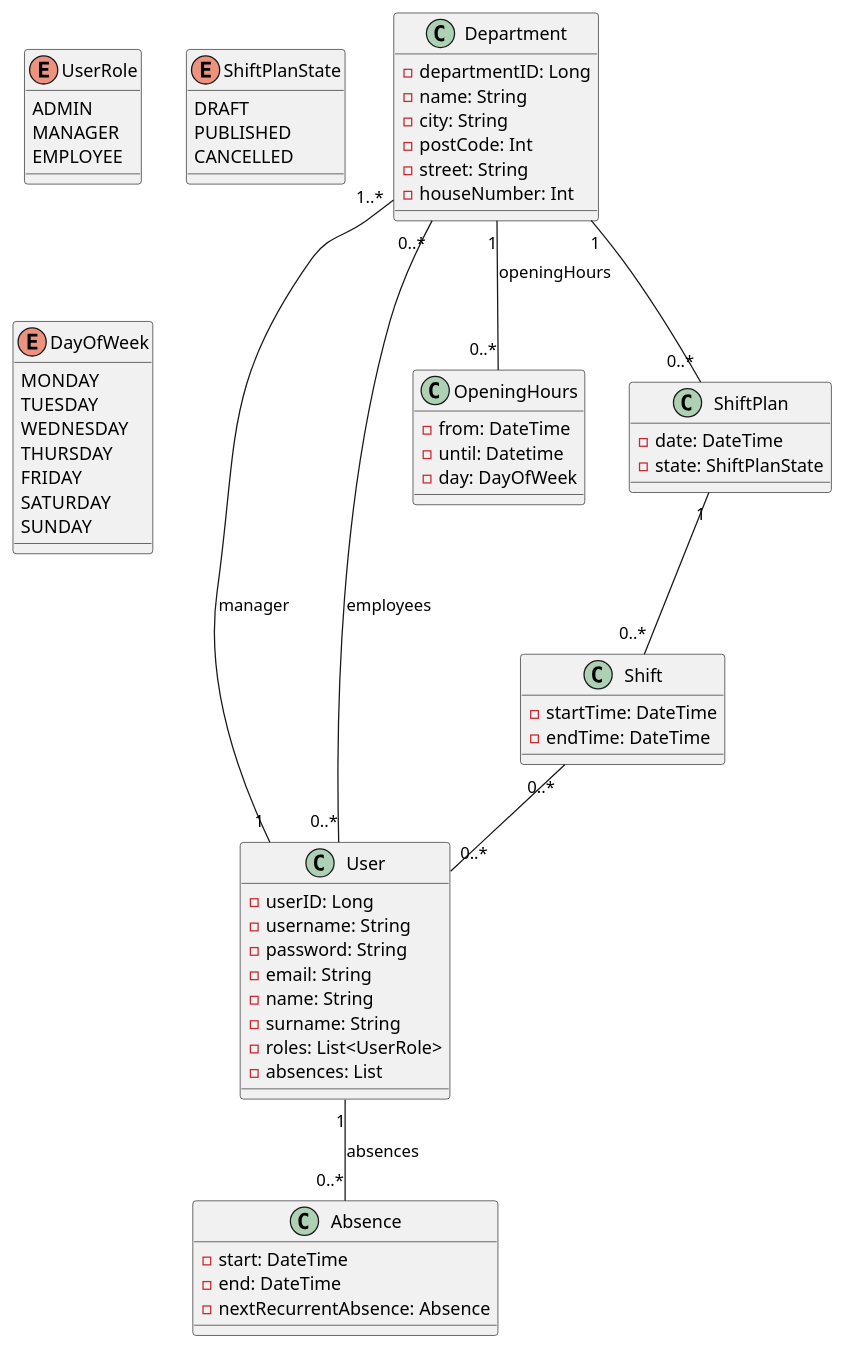
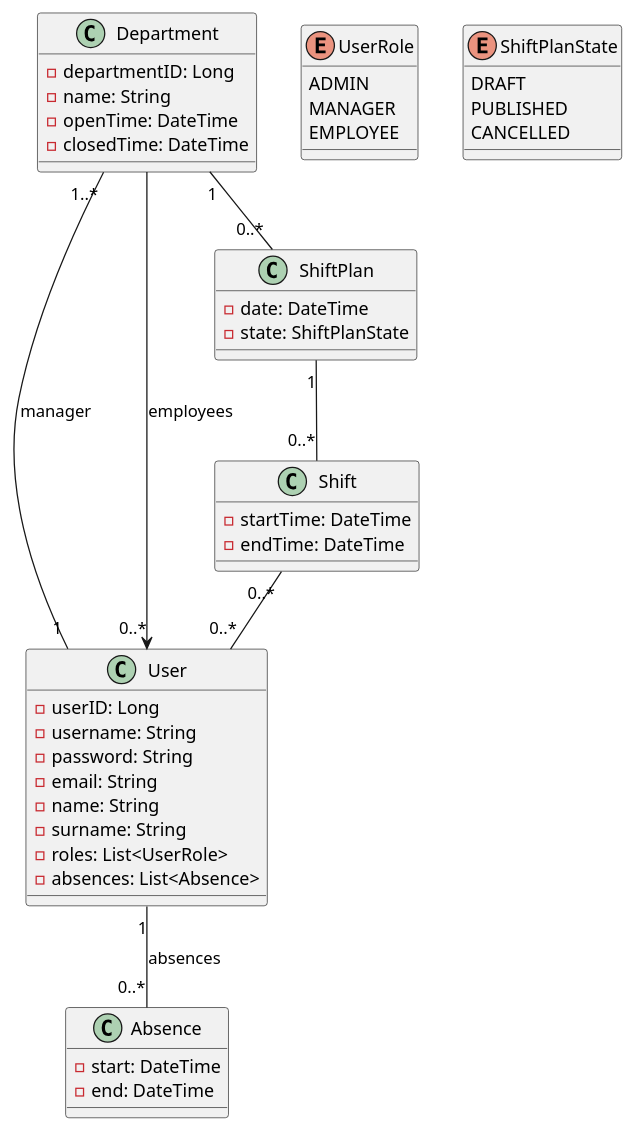
One commit to valiferst/shift_planner changed the diagram in artefacts/domain-model.puml. Above: the diagram before and after it, drawn with PlantUML. The commit also changed 1 other file, not shown here.

```diff
--- a/artefacts/domain-model.puml
+++ b/artefacts/domain-model.puml
@@ -1,77 +1,57 @@
 @startuml
 ' Define classes
 class User {
     - userID: Long
     - username: String
     - password: String
     - email: String
     - name: String
     - surname: String
     - roles: List<UserRole>
-    - absences: List
+    - absences: List<Absence>
 }
 
 class Department {
     - departmentID: Long
     - name: String
-    - city: String
-    - postCode: Int
-    - street: String
-    - houseNumber: Int
-}
-
-class OpeningHours {
-    - from: DateTime
-    - until: Datetime
-    - day: DayOfWeek
+    - openTime: DateTime
+    - closedTime: DateTime
 }
 
 class Absence {
     - start: DateTime
     - end: DateTime
-    - nextRecurrentAbsence: Absence
 }
 
 class ShiftPlan {
     - date: DateTime
     - state: ShiftPlanState
 }
 
 class Shift {
     - startTime: DateTime
     - endTime: DateTime
 }
 
 enum UserRole {
     ADMIN
     MANAGER
     EMPLOYEE
 }
 
 enum ShiftPlanState {
     DRAFT
     PUBLISHED
     CANCELLED
 }
 
-enum DayOfWeek {
-    MONDAY
-    TUESDAY
-    WEDNESDAY
-    THURSDAY
-    FRIDAY
-    SATURDAY
-    SUNDAY
-}
-
 ' Define relationships
 Department "1..*" -- "1" User: manager
-Department "0..*" -- "0..*" User: employees
+Department --> "0..*" User: employees
 Department "1" -- "0..*" ShiftPlan
-Department "1" -- "0..*" OpeningHours: openingHours
 ShiftPlan "1" -- "0..*" Shift
 Shift "0..*" -- "0..*" User
 User "1" -- "0..*" Absence: absences
 
 
 @enduml
```
